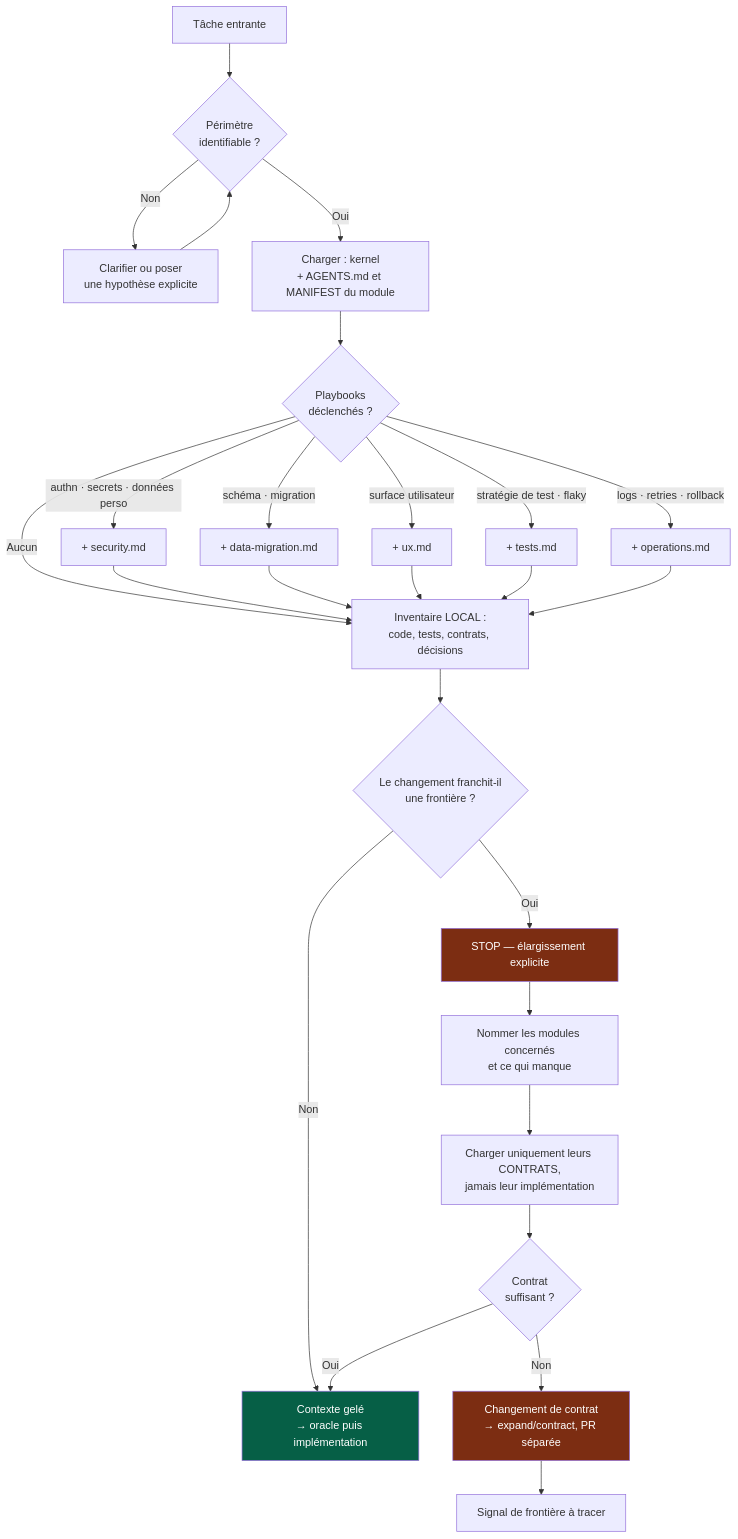
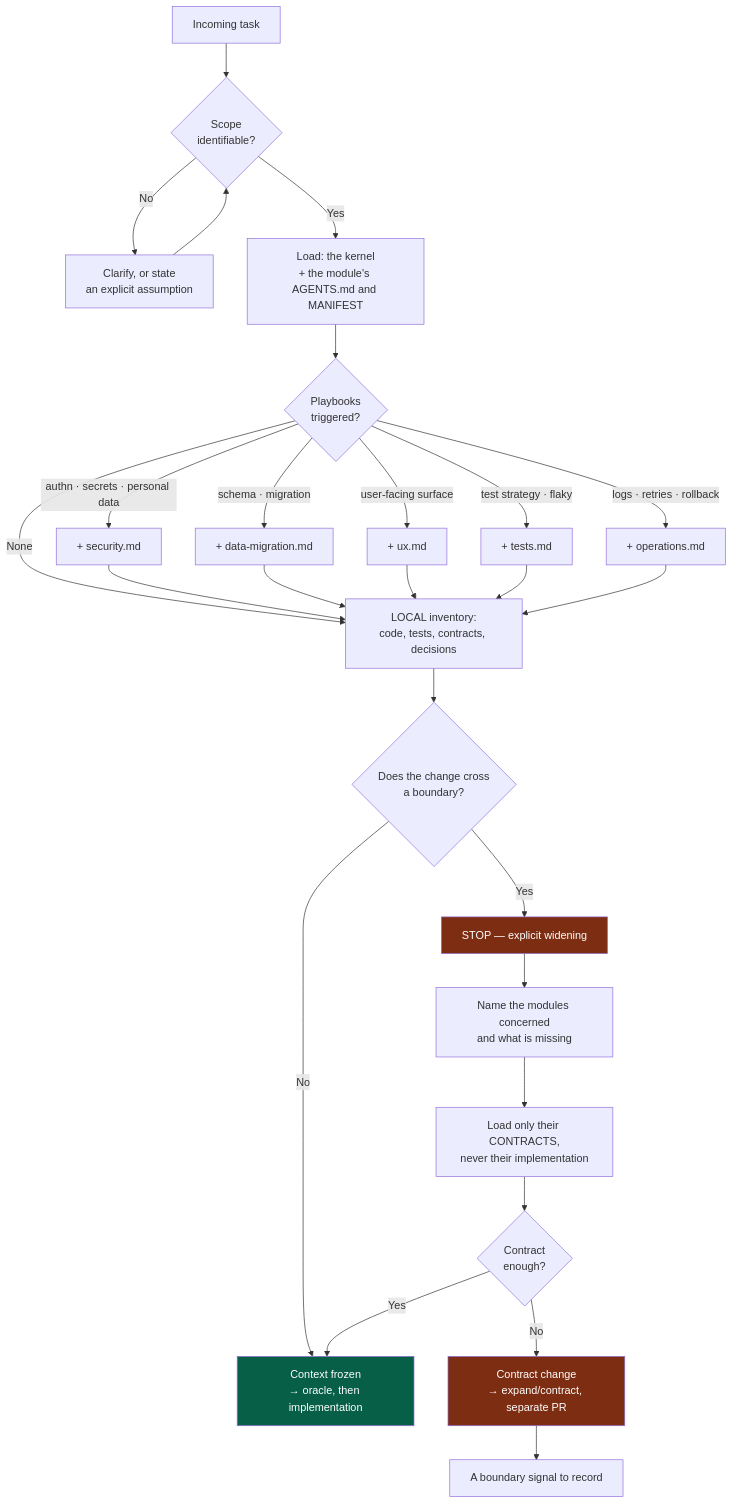
Before and after one commit to NapkinStack/engineering-os: the diagram in skeleton/docs/os/04-ai-context.md, drawn with Mermaid. The commit also changed other lines of this file and 1 other file, not shown here.

First line of the commit message:
M7b — Translate the AI context and workflow chapters

````diff
--- a/skeleton/docs/os/04-ai-context.md
+++ b/skeleton/docs/os/04-ai-context.md
@@ -24,35 +24,35 @@
 ```mermaid
 flowchart TD
-    T["Tâche entrante"] --> S{"Périmètre<br/>identifiable ?"}
-    S -->|Non| S2["Clarifier ou poser<br/>une hypothèse explicite"] --> S
-    S -->|Oui| U["Charger : kernel<br/>+ AGENTS.md et MANIFEST du module"]
+    T["Incoming task"] --> S{"Scope<br/>identifiable?"}
+    S -->|No| S2["Clarify, or state<br/>an explicit assumption"] --> S
+    S -->|Yes| U["Load: the kernel<br/>+ the module's AGENTS.md and MANIFEST"]
 
-    U --> N{"Playbooks<br/>déclenchés ?"}
-    N -->|"authn · secrets · données perso"| N1["+ security.md"]
-    N -->|"schéma · migration"| N2["+ data-migration.md"]
-    N -->|"surface utilisateur"| N3["+ ux.md"]
-    N -->|"stratégie de test · flaky"| N4["+ tests.md"]
+    U --> N{"Playbooks<br/>triggered?"}
+    N -->|"authn · secrets · personal data"| N1["+ security.md"]
+    N -->|"schema · migration"| N2["+ data-migration.md"]
+    N -->|"user-facing surface"| N3["+ ux.md"]
+    N -->|"test strategy · flaky"| N4["+ tests.md"]
     N -->|"logs · retries · rollback"| N5["+ operations.md"]
-    N -->|Aucun| V
+    N -->|None| V
 
-    N1 --> V["Inventaire LOCAL :<br/>code, tests, contrats, décisions"]
+    N1 --> V["LOCAL inventory:<br/>code, tests, contracts, decisions"]
     N2 --> V
     N3 --> V
     N4 --> V
     N5 --> V
 
-    V --> W{"Le changement franchit-il<br/>une frontière ?"}
-    W -->|Non| X["Contexte gelé<br/>→ oracle puis implémentation"]
-    W -->|Oui| Y["STOP — élargissement explicite"]
+    V --> W{"Does the change cross<br/>a boundary?"}
+    W -->|No| X["Context frozen<br/>→ oracle, then implementation"]
+    W -->|Yes| Y["STOP — explicit widening"]
 
-    Y --> Y1["Nommer les modules concernés<br/>et ce qui manque"]
-    Y1 --> Y2["Charger uniquement leurs CONTRATS,<br/>jamais leur implémentation"]
-    Y2 --> Y3{"Contrat<br/>suffisant ?"}
-    Y3 -->|Oui| X
-    Y3 -->|Non| Z["Changement de contrat<br/>→ expand/contract, PR séparée"]
-    Z --> Z2["Signal de frontière à tracer"]
+    Y --> Y1["Name the modules concerned<br/>and what is missing"]
+    Y1 --> Y2["Load only their CONTRACTS,<br/>never their implementation"]
+    Y2 --> Y3{"Contract<br/>enough?"}
+    Y3 -->|Yes| X
+    Y3 -->|No| Z["Contract change<br/>→ expand/contract, separate PR"]
+    Z --> Z2["A boundary signal to record"]
 
     style Y fill:#7c2d12,color:#fff
     style Z fill:#7c2d12,color:#fff
     style X fill:#065f46,color:#fff
 ```
````
